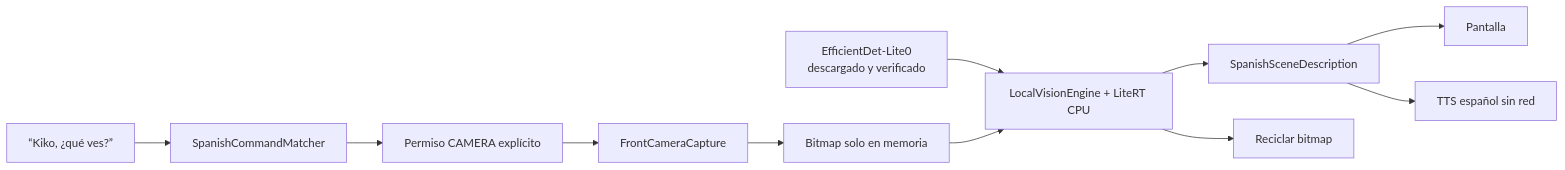
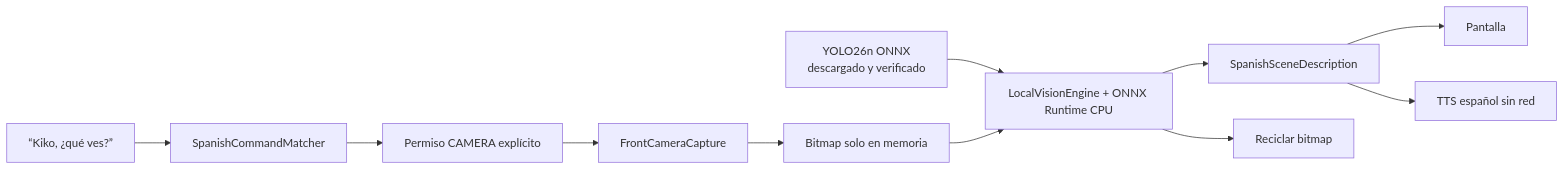
Before and after one commit to arielmendz/kiko: the second of 5 diagrams in docs/ARCHITECTURE.md, drawn with Mermaid. The commit also changed other lines of this file and 21 other files, not shown here.

Commit message:
Migrate vision inference to YOLO26n ONNX Runtime

````diff
--- a/docs/ARCHITECTURE.md
+++ b/docs/ARCHITECTURE.md
@@ -71,13 +73,13 @@
 ```mermaid
 flowchart LR
     Command["“Kiko, ¿qué ves?”"] --> Matcher["SpanishCommandMatcher"]
     Matcher --> Permission["Permiso CAMERA explícito"]
     Permission --> Camera["FrontCameraCapture"]
     Camera --> Frame["Bitmap solo en memoria"]
-    Model["EfficientDet-Lite0<br/>descargado y verificado"] --> Vision["LocalVisionEngine + LiteRT CPU"]
+    Model["YOLO26n ONNX<br/>descargado y verificado"] --> Vision["LocalVisionEngine + ONNX Runtime CPU"]
     Frame --> Vision
     Vision --> Description["SpanishSceneDescription"]
     Description --> Screen["Pantalla"]
     Description --> Voice["TTS español sin red"]
     Vision --> Discard["Reciclar bitmap"]
 ```
````
